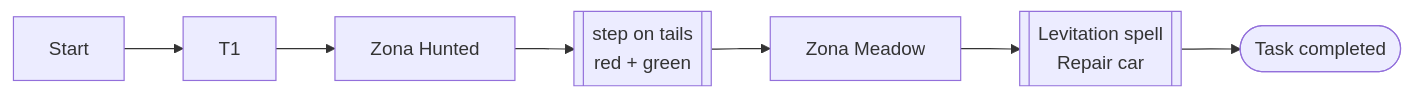
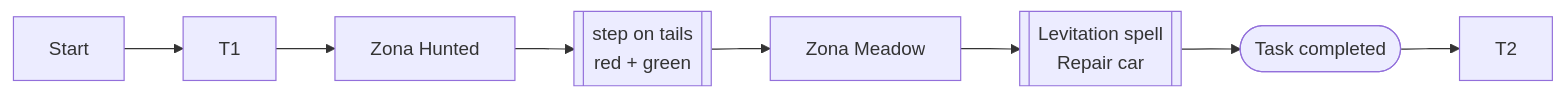
The second of 4 diagrams in README.md (DEV25-G03/DEV25-G03-P2), drawn with Mermaid before and after one commit. The commit also changed other lines of this file, not shown here.

````diff
--- a/README.md
+++ b/README.md
@@ -148,9 +148,10 @@
 ```mermaid
 flowchart LR
     Start --> T1
     T1 --> ZH1[Zona Hunted]
     ZH1 --> ST1[[step on tails<br>red + green]]
     ST1 --> ZM1[Zona Meadow]
     ZM1 --> LS[[Levitation spell<br>Repair car]]
     LS --> TC1([Task completed])
+    TC1 --> T2
 ```
````
